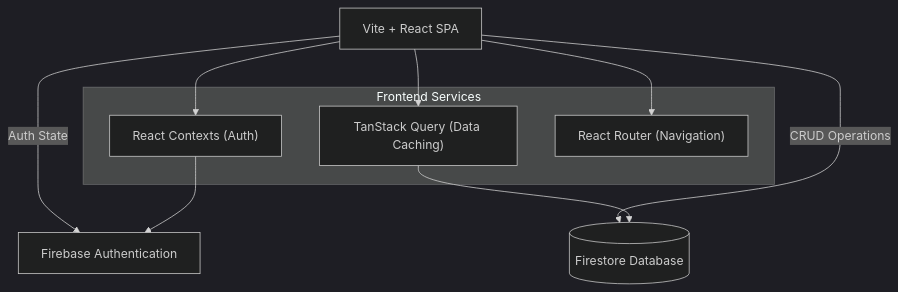
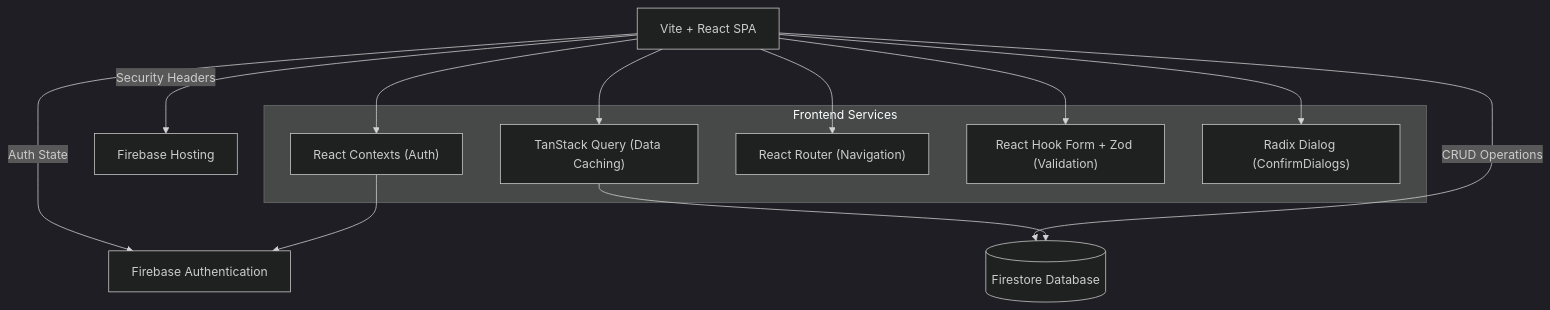
The first of 2 diagrams in ARCHITECTURE.md (notnamansinha/tinkers-lab-platform), drawn with Mermaid (dark theme) before and after one commit. The commit also changed other lines of this file and 92 other files, not shown here.

````diff
--- a/ARCHITECTURE.md
+++ b/ARCHITECTURE.md
@@ -5,18 +5,23 @@
 ```mermaid
 flowchart TD
     Client["Vite + React SPA"] -->|Auth State| FirebaseAuth["Firebase Authentication"]
     Client -->|CRUD Operations| FirestoreDB[("Firestore Database")]
+    Client -->|Security Headers| FirebaseHosting["Firebase Hosting"]
     
     subgraph "Frontend Services"
         Contexts["React Contexts (Auth)"]
         Query["TanStack Query (Data Caching)"]
         Router["React Router (Navigation)"]
+        Forms["React Hook Form + Zod (Validation)"]
+        Modals["Radix Dialog (ConfirmDialogs)"]
     end
     
     Client --> Contexts
     Client --> Query
     Client --> Router
+    Client --> Forms
+    Client --> Modals
     
     Query --> FirestoreDB
     Contexts --> FirebaseAuth
 ```
````
